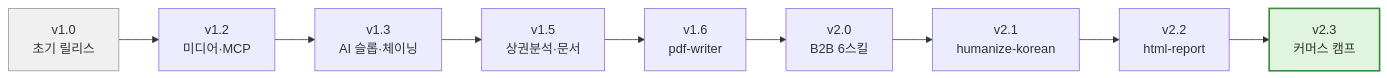
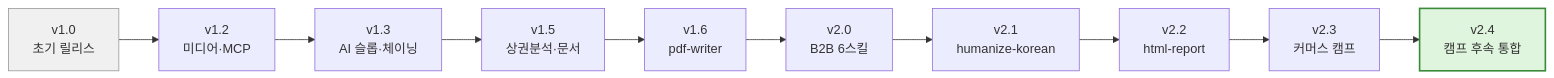
Before and after one commit to modu-ai/claude: the diagram in content/releases/_index.md, drawn with Mermaid. The commit also changed other lines of this file and 6 other files, not shown here.

````diff
--- a/content/releases/_index.md
+++ b/content/releases/_index.md
@@ -9,14 +9,15 @@
 ```mermaid
 flowchart LR
     V10["v1.0<br/>초기 릴리스"] --> V12["v1.2<br/>미디어·MCP"]
     V12 --> V13["v1.3<br/>AI 슬롭·체이닝"]
     V13 --> V15["v1.5<br/>상권분석·문서"]
     V15 --> V16["v1.6<br/>pdf-writer"]
     V16 --> V20["v2.0<br/>B2B 6스킬"]
     V20 --> V21["v2.1<br/>humanize-korean"]
     V21 --> V22["v2.2<br/>html-report"]
     V22 --> V23["v2.3<br/>커머스 캠프"]
+    V23 --> V24["v2.4<br/>캠프 후속 통합"]
 
     style V10 fill:#f0f0f0,stroke:#999
-    style V23 fill:#dff5dd,stroke:#3a8a3a,stroke-width:2px
+    style V24 fill:#dff5dd,stroke:#3a8a3a,stroke-width:2px
 ```
````
